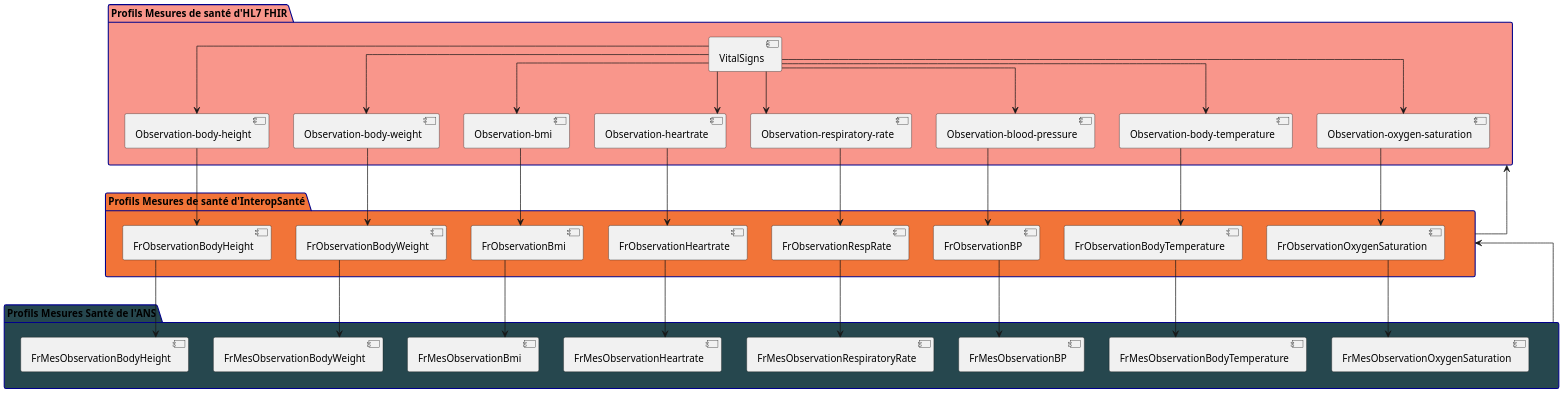
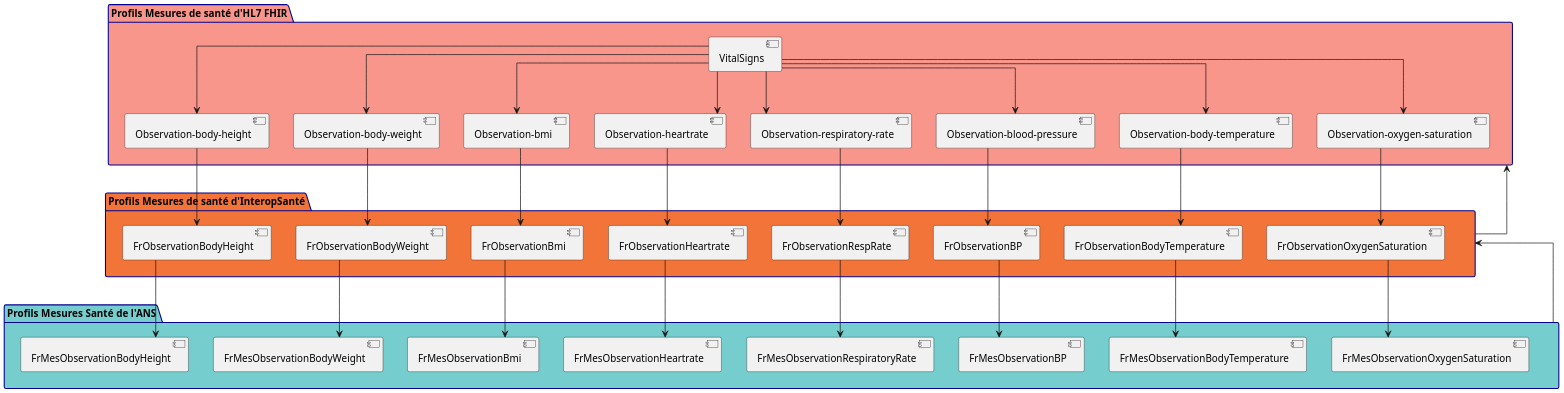
Before and after one commit to ansforge/IG-fhir-mesures-de-sante: the diagram in input/images-source/vs-overview.plantuml, drawn with PlantUML. The commit also changed 1 other file, not shown here.

```diff
--- a/input/images-source/vs-overview.plantuml
+++ b/input/images-source/vs-overview.plantuml
@@ -1,48 +1,48 @@
 @startuml
 
 skinparam linetype ortho
 skinparam dpi 150
 skinparam boxPadding 10
 skinparam shadowing false
 skinparam packageBackgroundColor LightBlue
 skinparam packageBorderColor DarkBlue
 
 package "Profils Mesures de santé d'HL7 FHIR" as HL7 #F9968B {
     [VitalSigns] --> [Observation-body-height]
     [VitalSigns] --> [Observation-body-weight]
     [VitalSigns] --> [Observation-bmi]
     [VitalSigns] --> [Observation-heartrate]
     [VitalSigns] --> [Observation-respiratory-rate]
     [VitalSigns] --> [Observation-blood-pressure]
     [VitalSigns] --> [Observation-body-temperature]
     [VitalSigns] --> [Observation-oxygen-saturation]
 }
 
 package "Profils Mesures de santé d'InteropSanté" as PI #F27438 {
     [Observation-bmi] --> [FrObservationBmi]
     [Observation-heartrate] --> [FrObservationHeartrate]
     [Observation-body-weight] --> [FrObservationBodyWeight]
     [Observation-body-height] --> [FrObservationBodyHeight]
     [Observation-body-temperature] --> [FrObservationBodyTemperature]
     [Observation-blood-pressure] --> [FrObservationBP]
     [Observation-oxygen-saturation] --> [FrObservationOxygenSaturation]
     [Observation-respiratory-rate] --> [FrObservationRespRate]
 }
 
-package "Profils Mesures Santé de l'ANS" as PMSB #26474E {
+package "Profils Mesures Santé de l'ANS" as PMSB #76CDCD {
     [FrObservationBmi] --> [FrMesObservationBmi]
     [FrObservationHeartrate] --> [FrMesObservationHeartrate]
     [FrObservationBodyWeight] --> [FrMesObservationBodyWeight]
     [FrObservationBodyHeight] --> [FrMesObservationBodyHeight]
     [FrObservationBodyTemperature] --> [FrMesObservationBodyTemperature]
     [FrObservationBP] --> [FrMesObservationBP]
     [FrObservationOxygenSaturation] --> [FrMesObservationOxygenSaturation]
     [FrObservationRespRate] --> [FrMesObservationRespiratoryRate]
     
 
 }
 
 PMSB --> PI
 PI --> HL7
 
 @enduml
```
